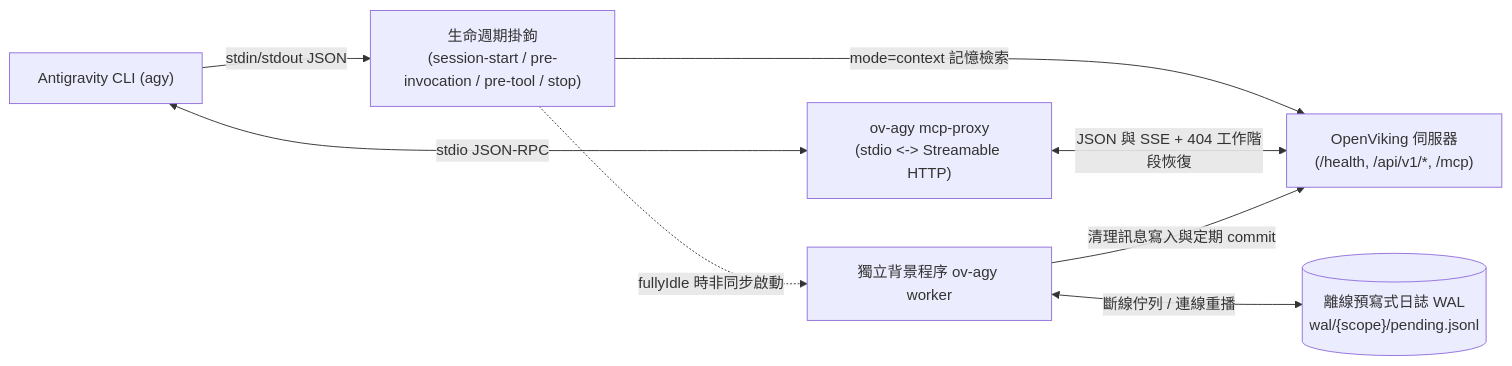
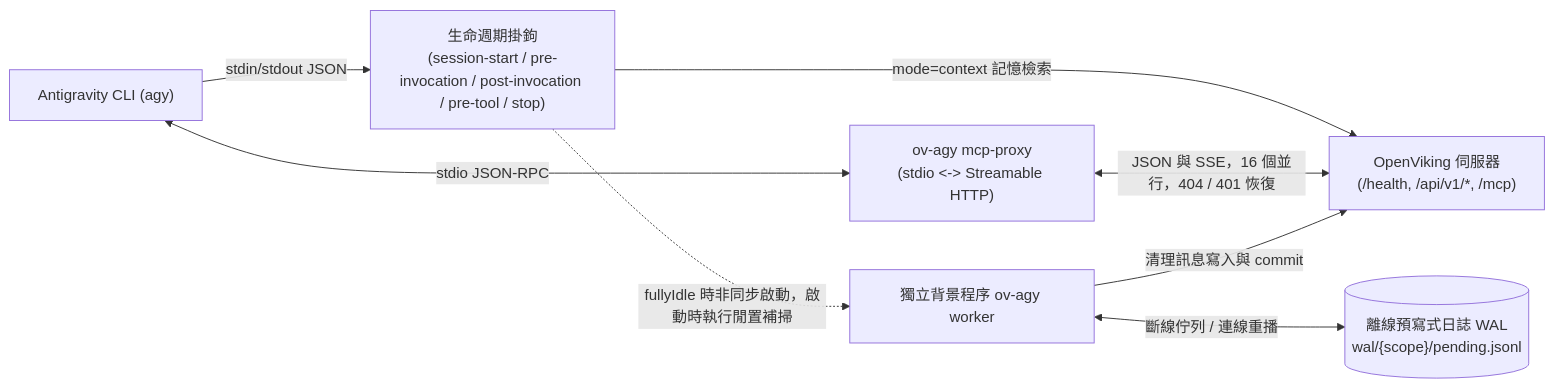
The diagram in README.zh-TW.md (JamCh01/agy-openviking), drawn with Mermaid before and after one commit. The commit also changed other lines of this file and 41 other files, not shown here.

````diff
--- a/README.zh-TW.md
+++ b/README.zh-TW.md
@@ -56,17 +59,17 @@
 ```mermaid
 flowchart LR
     AGY["Antigravity CLI (agy)"]
-    HOOKS["生命週期掛鉤\n(session-start / pre-invocation / pre-tool / stop)"]
+    HOOKS["生命週期掛鉤\n(session-start / pre-invocation / post-invocation / pre-tool / stop)"]
     MCP["ov-agy mcp-proxy\n(stdio <-> Streamable HTTP)"]
     WORKER["獨立背景程序 ov-agy worker"]
     WAL[("離線預寫式日誌 WAL\nwal/{scope}/pending.jsonl")]
     OV["OpenViking 伺服器\n(/health, /api/v1/*, /mcp)"]
 
     AGY -->|"stdin/stdout JSON"| HOOKS
     AGY <-->|"stdio JSON-RPC"| MCP
     HOOKS -->|"mode=context 記憶檢索"| OV
-    HOOKS -.->|"fullyIdle 時非同步啟動"| WORKER
-    MCP <-->|"JSON 與 SSE + 404 工作階段恢復"| OV
-    WORKER -->|"清理訊息寫入與定期 commit"| OV
+    HOOKS -.->|"fullyIdle 時非同步啟動，啟動時執行閒置補掃"| WORKER
+    MCP <-->|"JSON 與 SSE，16 個並行，404 / 401 恢復"| OV
+    WORKER -->|"清理訊息寫入與 commit"| OV
     WORKER <-->|"斷線佇列 / 連線重播"| WAL
 ```
````
